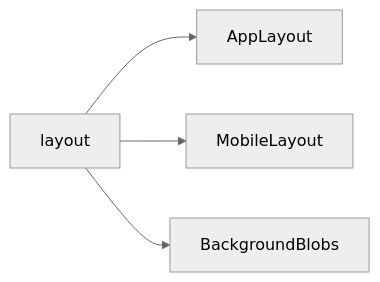
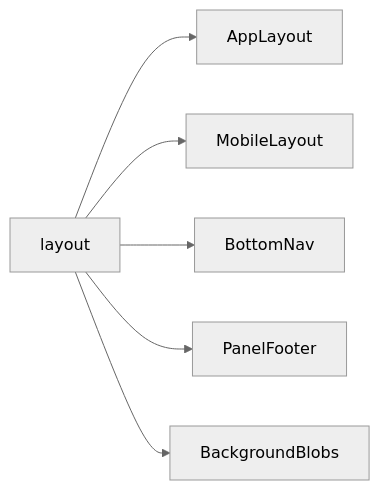
Before and after one commit to neofuture/chatr: the seventh of 9 diagrams in Documentation/Frontend/Components/index.md, drawn with Mermaid (neutral theme). The commit also changed other lines of this file and 158 other files, not shown here.

````diff
--- a/Documentation/Frontend/Components/index.md
+++ b/Documentation/Frontend/Components/index.md
@@ -61,6 +65,8 @@
 ```mermaid
 graph LR
     layout --> AppLayout
     layout --> MobileLayout
+    layout --> BottomNav
+    layout --> PanelFooter
     layout --> BackgroundBlobs
 ```
````
